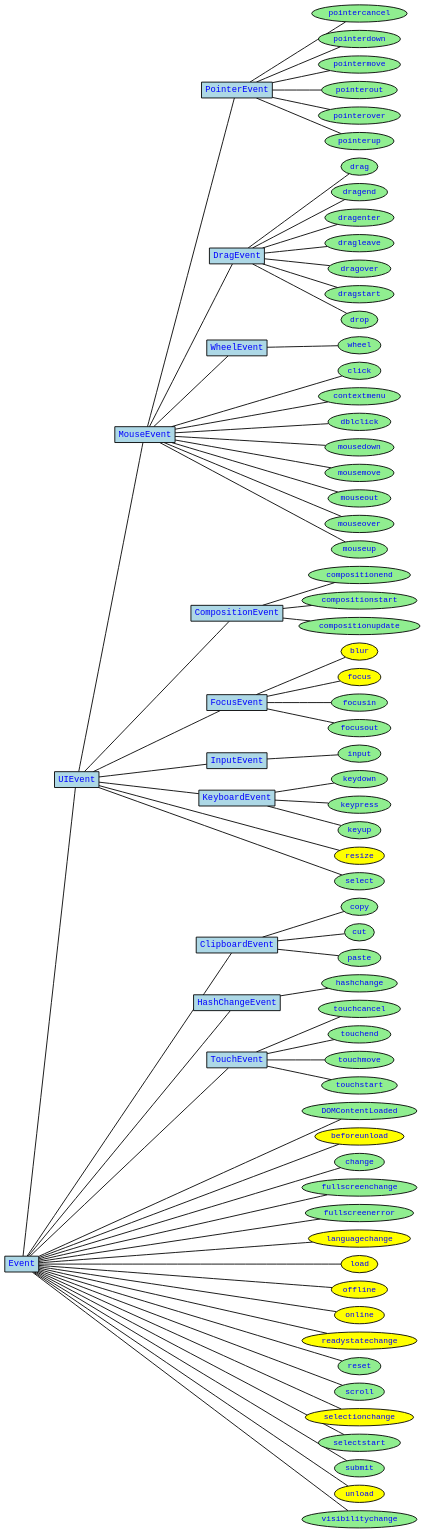
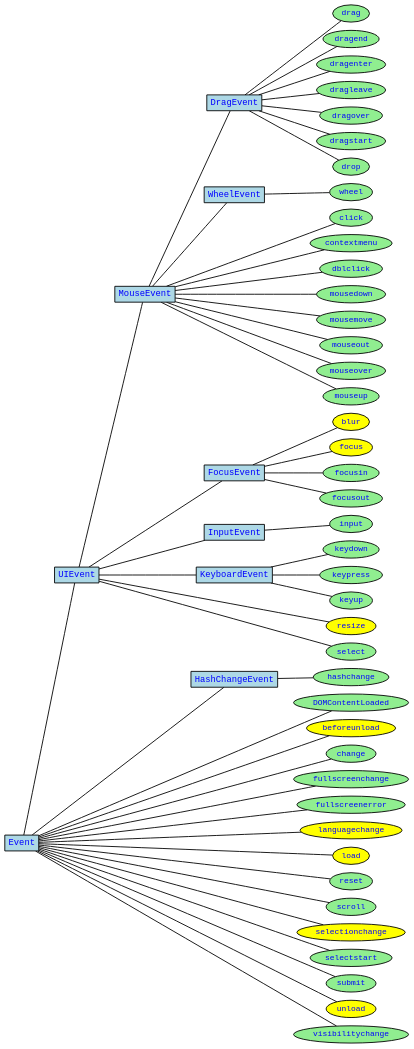
The diagram in notes/event-hierarchy.dot (plaidfinch/myxine), drawn with Graphviz before and after one commit. The commit also changed 4 other files, not shown here.

First line of the commit message:
WIP: Still in-progress can't-yet-run integration of event hierarchy

```diff
--- a/notes/event-hierarchy.dot
+++ b/notes/event-hierarchy.dot
@@ -1,175 +1,174 @@
 digraph {
   rankdir="LR";
   splines=false;
   node [shape=box, fontname="Courier", fontsize="18pt", overlap=false, penwidth=2];
   edge [arrowhead=none, overlap=false, concentrate=true, penwidth=2];
   outputorder="edgesfirst";
 
   {
     node [fillcolor="lightblue", fontcolor="blue", style="filled", fontsize="20pt"];
     MouseEvent [href="https://developer.mozilla.org/en-US/docs/Web/API/MouseEvent"];
-    PointerEvent [href="https://developer.mozilla.org/en-US/docs/Web/API/PointerEvent"];
+    // PointerEvent [href="https://developer.mozilla.org/en-US/docs/Web/API/PointerEvent"];
     DragEvent [href="https://developer.mozilla.org/en-US/docs/Web/API/DragEvent"];
     WheelEvent [href="https://developer.mozilla.org/en-US/docs/Web/API/WheelEvent"];
     UIEvent [href="https://developer.mozilla.org/en-US/docs/Web/API/UIEvent"];
-    ClipboardEvent [href="https://developer.mozilla.org/en-US/docs/Web/API/ClipboardEvent"];
-    CompositionEvent [href="https://developer.mozilla.org/en-US/docs/Web/API/CompositionEvent"];
+    // ClipboardEvent [href="https://developer.mozilla.org/en-US/docs/Web/API/ClipboardEvent"];
+    // CompositionEvent [href="https://developer.mozilla.org/en-US/docs/Web/API/CompositionEvent"];
     Event [href="https://developer.mozilla.org/en-US/docs/Web/API/Event"];
     FocusEvent [href="https://developer.mozilla.org/en-US/docs/Web/API/FocusEvent"];
     HashChangeEvent [href="https://developer.mozilla.org/en-US/docs/Web/API/HashChangeEvent"];
     InputEvent [href="https://developer.mozilla.org/en-US/docs/Web/API/InputEvent"];
     KeyboardEvent [href="https://developer.mozilla.org/en-US/docs/Web/API/KeyboardEvent"];
-    TouchEvent [href="https://developer.mozilla.org/en-US/docs/Web/API/TouchEvent"];
+    // TouchEvent [href="https://developer.mozilla.org/en-US/docs/Web/API/TouchEvent"];
   }
 
   {
     rank=same
     InputEvent
     KeyboardEvent
     FocusEvent
-    CompositionEvent
-    PointerEvent
+    // CompositionEvent
+    // PointerEvent
     DragEvent
-    TouchEvent
+    // TouchEvent
     HashChangeEvent
-    ClipboardEvent
+    // ClipboardEvent
   }
 
   {
     rank=same
     node [shape=ellipse, fontcolor="blue", style="filled"];
     DOMContentLoaded [fillcolor="lightgreen", href="https://developer.mozilla.org/en-US/docs/Web/Events/DOMContentLoaded"];
     beforeunload [fillcolor="yellow", href="https://developer.mozilla.org/en-US/docs/Web/Events/beforeunload"];
     blur [fillcolor="yellow", href="https://developer.mozilla.org/en-US/docs/Web/Events/blur"];
     change [fillcolor="lightgreen", href="https://developer.mozilla.org/en-US/docs/Web/Events/change"];
     click [fillcolor="lightgreen", href="https://developer.mozilla.org/en-US/docs/Web/Events/click"];
-    compositionend [fillcolor="lightgreen", href="https://developer.mozilla.org/en-US/docs/Web/Events/compositionend"];
-    compositionstart [fillcolor="lightgreen", href="https://developer.mozilla.org/en-US/docs/Web/Events/compositionstart"];
-    compositionupdate [fillcolor="lightgreen", href="https://developer.mozilla.org/en-US/docs/Web/Events/compositionupdate"];
+    // compositionend [fillcolor="lightgreen", href="https://developer.mozilla.org/en-US/docs/Web/Events/compositionend"];
+    // compositionstart [fillcolor="lightgreen", href="https://developer.mozilla.org/en-US/docs/Web/Events/compositionstart"];
+    // compositionupdate [fillcolor="lightgreen", href="https://developer.mozilla.org/en-US/docs/Web/Events/compositionupdate"];
     contextmenu [fillcolor="lightgreen", href="https://developer.mozilla.org/en-US/docs/Web/Events/contextmenu"];
-    copy [fillcolor="lightgreen", href="https://developer.mozilla.org/en-US/docs/Web/Events/copy"];
-    cut [fillcolor="lightgreen", href="https://developer.mozilla.org/en-US/docs/Web/Events/cut"];
+    // copy [fillcolor="lightgreen", href="https://developer.mozilla.org/en-US/docs/Web/Events/copy"];
+    // cut [fillcolor="lightgreen", href="https://developer.mozilla.org/en-US/docs/Web/Events/cut"];
     dblclick [fillcolor="lightgreen", href="https://developer.mozilla.org/en-US/docs/Web/Events/dblclick"];
     drag [fillcolor="lightgreen", href="https://developer.mozilla.org/en-US/docs/Web/Events/drag"];
     dragend [fillcolor="lightgreen", href="https://developer.mozilla.org/en-US/docs/Web/Events/dragend"];
     dragenter [fillcolor="lightgreen", href="https://developer.mozilla.org/en-US/docs/Web/Events/dragenter"];
     dragleave [fillcolor="lightgreen", href="https://developer.mozilla.org/en-US/docs/Web/Events/dragleave"];
     dragover [fillcolor="lightgreen", href="https://developer.mozilla.org/en-US/docs/Web/Events/dragover"];
     dragstart [fillcolor="lightgreen", href="https://developer.mozilla.org/en-US/docs/Web/Events/dragstart"];
     drop [fillcolor="lightgreen", href="https://developer.mozilla.org/en-US/docs/Web/Events/drop"];
     focus [fillcolor="yellow", href="https://developer.mozilla.org/en-US/docs/Web/Events/focus"];
     focusin [fillcolor="lightgreen", href="https://developer.mozilla.org/en-US/docs/Web/Events/focusin"];
     focusout [fillcolor="lightgreen", href="https://developer.mozilla.org/en-US/docs/Web/Events/focusout"];
     fullscreenchange [fillcolor="lightgreen", href="https://developer.mozilla.org/en-US/docs/Web/Events/fullscreenchange"];
     fullscreenerror [fillcolor="lightgreen", href="https://developer.mozilla.org/en-US/docs/Web/Events/fullscreenerror"];
     hashchange [fillcolor="lightgreen", href="https://developer.mozilla.org/en-US/docs/Web/Events/hashchange"];
     input [fillcolor="lightgreen", href="https://developer.mozilla.org/en-US/docs/Web/Events/input"];
     keydown [fillcolor="lightgreen", href="https://developer.mozilla.org/en-US/docs/Web/Events/keydown"];
     keypress [fillcolor="lightgreen", href="https://developer.mozilla.org/en-US/docs/Web/Events/keypress"];
     keyup [fillcolor="lightgreen", href="https://developer.mozilla.org/en-US/docs/Web/Events/keyup"];
     languagechange [fillcolor="yellow", href="https://developer.mozilla.org/en-US/docs/Web/Events/languagechange"];
     load [fillcolor="yellow", href="https://developer.mozilla.org/en-US/docs/Web/Events/load"];
     mousedown [fillcolor="lightgreen", href="https://developer.mozilla.org/en-US/docs/Web/Events/mousedown"];
     mousemove [fillcolor="lightgreen", href="https://developer.mozilla.org/en-US/docs/Web/Events/mousemove"];
     mouseout [fillcolor="lightgreen", href="https://developer.mozilla.org/en-US/docs/Web/Events/mouseout"];
     mouseover [fillcolor="lightgreen", href="https://developer.mozilla.org/en-US/docs/Web/Events/mouseover"];
     mouseup [fillcolor="lightgreen", href="https://developer.mozilla.org/en-US/docs/Web/Events/mouseup"];
-    offline [fillcolor="yellow", href="https://developer.mozilla.org/en-US/docs/Web/Events/offline"];
-    online [fillcolor="yellow", href="https://developer.mozilla.org/en-US/docs/Web/Events/online"];
-    paste [fillcolor="lightgreen", href="https://developer.mozilla.org/en-US/docs/Web/Events/paste"];
-    pointercancel [fillcolor="lightgreen", href="https://developer.mozilla.org/en-US/docs/Web/Events/pointercancel"];
-    pointerdown [fillcolor="lightgreen", href="https://developer.mozilla.org/en-US/docs/Web/Events/pointerdown"];
-    pointermove [fillcolor="lightgreen", href="https://developer.mozilla.org/en-US/docs/Web/Events/pointermove"];
-    pointerout [fillcolor="lightgreen", href="https://developer.mozilla.org/en-US/docs/Web/Events/pointerout"];
-    pointerover [fillcolor="lightgreen", href="https://developer.mozilla.org/en-US/docs/Web/Events/pointerover"];
-    pointerup [fillcolor="lightgreen", href="https://developer.mozilla.org/en-US/docs/Web/Events/pointerup"];
-    readystatechange [fillcolor="yellow", href="https://developer.mozilla.org/en-US/docs/Web/Events/readystatechange"];
+    // paste [fillcolor="lightgreen", href="https://developer.mozilla.org/en-US/docs/Web/Events/paste"];
+    // pointercancel [fillcolor="lightgreen", href="https://developer.mozilla.org/en-US/docs/Web/Events/pointercancel"];
+    // pointerdown [fillcolor="lightgreen", href="https://developer.mozilla.org/en-US/docs/Web/Events/pointerdown"];
+    // pointermove [fillcolor="lightgreen", href="https://developer.mozilla.org/en-US/docs/Web/Events/pointermove"];
+    // pointerout [fillcolor="lightgreen", href="https://developer.mozilla.org/en-US/docs/Web/Events/pointerout"];
+    // pointerover [fillcolor="lightgreen", href="https://developer.mozilla.org/en-US/docs/Web/Events/pointerover"];
+    // pointerup [fillcolor="lightgreen", href="https://developer.mozilla.org/en-US/docs/Web/Events/pointerup"];
     reset [fillcolor="lightgreen", href="https://developer.mozilla.org/en-US/docs/Web/Events/reset"];
     resize [fillcolor="yellow", href="https://developer.mozilla.org/en-US/docs/Web/Events/resize"];
     scroll [fillcolor="lightgreen", href="https://developer.mozilla.org/en-US/docs/Web/Events/scroll"];
     select [fillcolor="lightgreen", href="https://developer.mozilla.org/en-US/docs/Web/Events/select"];
     selectionchange [fillcolor="yellow", href="https://developer.mozilla.org/en-US/docs/Web/Events/selectionchange"];
     selectstart [fillcolor="lightgreen", href="https://developer.mozilla.org/en-US/docs/Web/Events/selectstart"];
     submit [fillcolor="lightgreen", href="https://developer.mozilla.org/en-US/docs/Web/Events/submit"];
-    touchcancel [fillcolor="lightgreen", href="https://developer.mozilla.org/en-US/docs/Web/Events/touchcancel"];
-    touchend [fillcolor="lightgreen", href="https://developer.mozilla.org/en-US/docs/Web/Events/touchend"];
-    touchmove [fillcolor="lightgreen", href="https://developer.mozilla.org/en-US/docs/Web/Events/touchmove"];
-    touchstart [fillcolor="lightgreen", href="https://developer.mozilla.org/en-US/docs/Web/Events/touchstart"];
+    // touchcancel [fillcolor="lightgreen", href="https://developer.mozilla.org/en-US/docs/Web/Events/touchcancel"];
+    // touchend [fillcolor="lightgreen", href="https://developer.mozilla.org/en-US/docs/Web/Events/touchend"];
+    // touchmove [fillcolor="lightgreen", href="https://developer.mozilla.org/en-US/docs/Web/Events/touchmove"];
+    // touchstart [fillcolor="lightgreen", href="https://developer.mozilla.org/en-US/docs/Web/Events/touchstart"];
     unload [fillcolor="yellow", href="https://developer.mozilla.org/en-US/docs/Web/Events/unload"];
     visibilitychange [fillcolor="lightgreen", href="https://developer.mozilla.org/en-US/docs/Web/Events/visibilitychange"];
     wheel [fillcolor="lightgreen", href="https://developer.mozilla.org/en-US/docs/Web/Events/wheel"];
   }
 
+  // Event class hierarchy:
+
   MouseEvent -> DragEvent;
-  MouseEvent -> PointerEvent;
+  // MouseEvent -> PointerEvent;
   MouseEvent -> WheelEvent;
-  UIEvent -> CompositionEvent;
+  // UIEvent -> CompositionEvent;
   UIEvent -> FocusEvent;
   UIEvent -> InputEvent;
   UIEvent -> KeyboardEvent;
   UIEvent -> MouseEvent;
   Event -> UIEvent;
-  Event -> ClipboardEvent;
+  // Event -> ClipboardEvent;
   Event -> HashChangeEvent;
-  Event -> TouchEvent;
+  // Event -> TouchEvent;
   Event -> DOMContentLoaded;
-  ClipboardEvent -> copy
-  ClipboardEvent -> cut
-  ClipboardEvent -> paste
-  CompositionEvent -> compositionend
-  CompositionEvent -> compositionstart
-  CompositionEvent -> compositionupdate
+
+  // Concrete event inheritance:
+
+  // ClipboardEvent -> copy
+  // ClipboardEvent -> cut
+  // ClipboardEvent -> paste
+  // CompositionEvent -> compositionend
+  // CompositionEvent -> compositionstart
+  // CompositionEvent -> compositionupdate
   DragEvent -> drag
   DragEvent -> dragend
   DragEvent -> dragenter
   DragEvent -> dragleave
   DragEvent -> dragover
   DragEvent -> dragstart
   DragEvent -> drop
   Event -> beforeunload
   Event -> change
   Event -> fullscreenchange
   Event -> fullscreenerror
   Event -> languagechange
   Event -> load
-  Event -> offline
-  Event -> online
-  Event -> readystatechange
   Event -> reset
   Event -> scroll
   Event -> selectionchange
   Event -> selectstart
   Event -> submit
   Event -> unload
   Event -> visibilitychange
   FocusEvent -> blur
   FocusEvent -> focus
   FocusEvent -> focusin
   FocusEvent -> focusout
   HashChangeEvent -> hashchange
   InputEvent -> input
   KeyboardEvent -> keydown
   KeyboardEvent -> keypress
   KeyboardEvent -> keyup
   MouseEvent -> click
   MouseEvent -> contextmenu
   MouseEvent -> dblclick
   MouseEvent -> mousedown
   MouseEvent -> mousemove
   MouseEvent -> mouseout
   MouseEvent -> mouseover
   MouseEvent -> mouseup
-  PointerEvent -> pointercancel
-  PointerEvent -> pointerdown
-  PointerEvent -> pointermove
-  PointerEvent -> pointerout
-  PointerEvent -> pointerover
-  PointerEvent -> pointerup
-  TouchEvent -> touchcancel
-  TouchEvent -> touchend
-  TouchEvent -> touchmove
-  TouchEvent -> touchstart
+  // PointerEvent -> pointercancel
+  // PointerEvent -> pointerdown
+  // PointerEvent -> pointermove
+  // PointerEvent -> pointerout
+  // PointerEvent -> pointerover
+  // PointerEvent -> pointerup
+  // TouchEvent -> touchcancel
+  // TouchEvent -> touchend
+  // TouchEvent -> touchmove
+  // TouchEvent -> touchstart
   UIEvent -> resize
   UIEvent -> select
   WheelEvent -> wheel
 }
```
